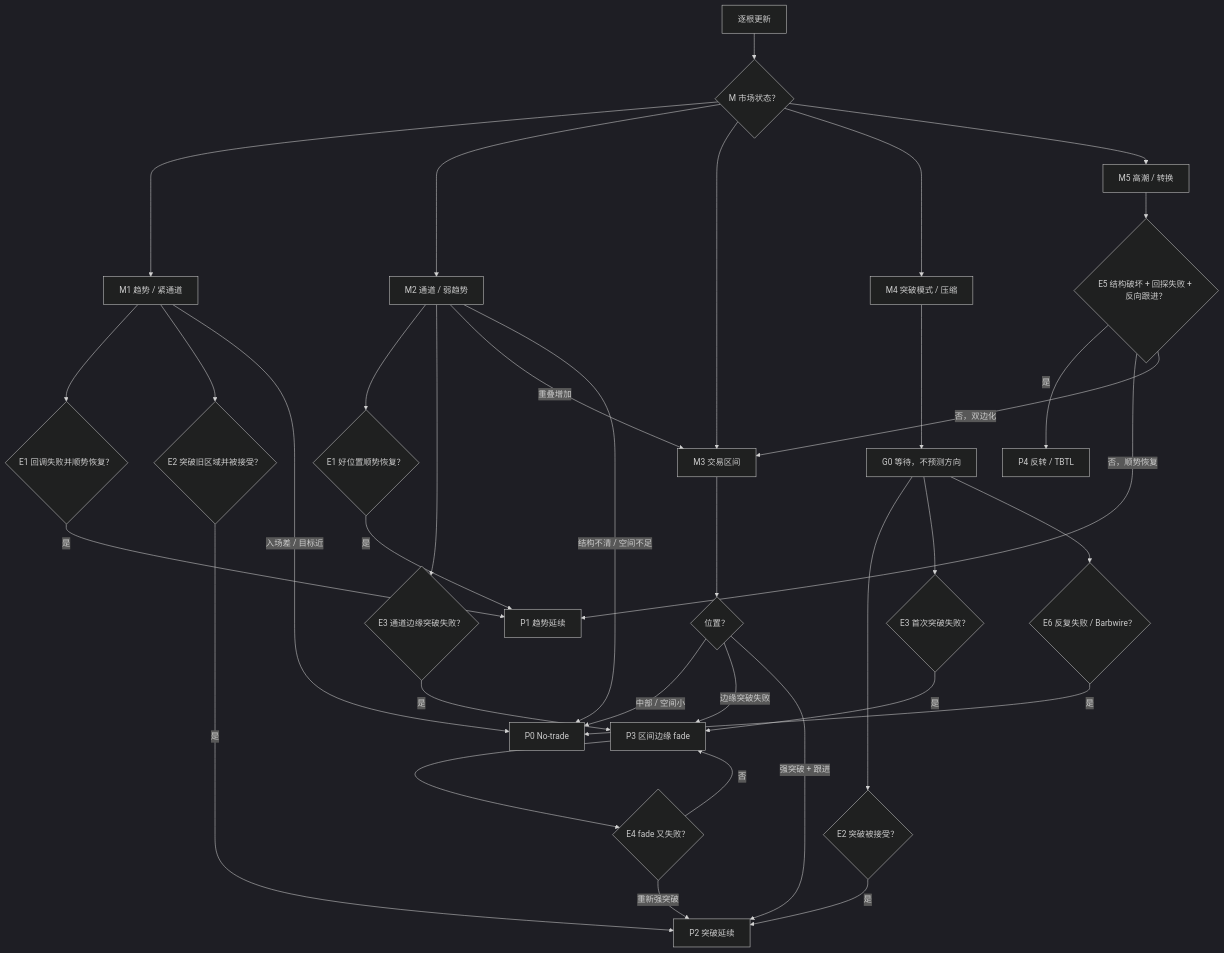
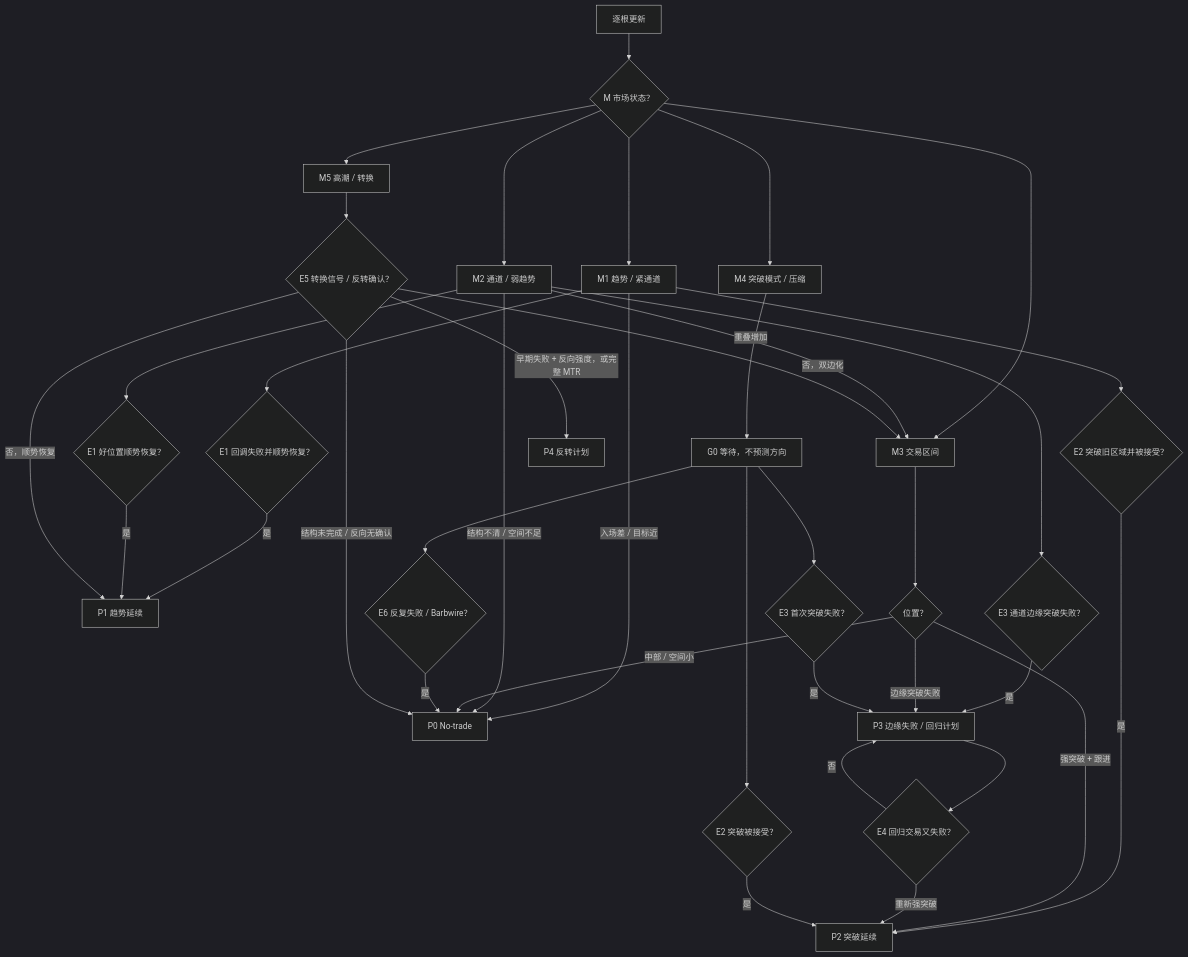
One commit to nilptr11/al-brooks-price-action changed the first of 2 diagrams in synthesis/03_strategy_branches.md. Above: the diagram before and after it, drawn with Mermaid (dark theme). The commit also changed other lines of this file, not shown here.

````diff
--- a/synthesis/03_strategy_branches.md
+++ b/synthesis/03_strategy_branches.md
@@ -33,44 +43,45 @@
 ```mermaid
 flowchart TD
   Start["逐根更新"] --> M{"M 市场状态？"}
 
   M --> M1["M1 趋势 / 紧通道"]
   M --> M2["M2 通道 / 弱趋势"]
   M --> M3["M3 交易区间"]
   M --> M4["M4 突破模式 / 压缩"]
   M --> M5["M5 高潮 / 转换"]
 
   M1 --> E1{"E1 回调失败并顺势恢复？"}
   E1 -->|是| P1["P1 趋势延续"]
   M1 --> E2A{"E2 突破旧区域并被接受？"}
   E2A -->|是| P2["P2 突破延续"]
   M1 -->|入场差 / 目标近| P0["P0 No-trade"]
 
   M2 --> E1B{"E1 好位置顺势恢复？"}
   E1B -->|是| P1
   M2 --> E3B{"E3 通道边缘突破失败？"}
-  E3B -->|是| P3["P3 区间边缘 fade"]
+  E3B -->|是| P3["P3 边缘失败 / 回归计划"]
   M2 -->|重叠增加| M3
   M2 -->|结构不清 / 空间不足| P0
 
   M3 --> Loc{"位置？"}
   Loc -->|中部 / 空间小| P0
   Loc -->|边缘突破失败| P3
   Loc -->|强突破 + 跟进| P2
-  P3 --> E4{"E4 fade 又失败？"}
+  P3 --> E4{"E4 回归交易又失败？"}
   E4 -->|重新强突破| P2
   E4 -->|否| P3
 
   M4 --> Wait["G0 等待，不预测方向"]
   Wait --> E2B{"E2 突破被接受？"}
   E2B -->|是| P2
   Wait --> E3C{"E3 首次突破失败？"}
   E3C -->|是| P3
   Wait --> E6{"E6 反复失败 / Barbwire？"}
   E6 -->|是| P0
 
-  M5 --> E5{"E5 结构破坏 + 回探失败 + 反向跟进？"}
-  E5 -->|是| P4["P4 反转 / TBTL"]
+  M5 --> E5{"E5 转换信号 / 反转确认？"}
+  E5 -->|早期失败 + 反向强度，或完整 MTR| P4["P4 反转计划"]
+  E5 -->|结构未完成 / 反向无确认| P0
   E5 -->|否，顺势恢复| P1
   E5 -->|否，双边化| M3
 ```
````
